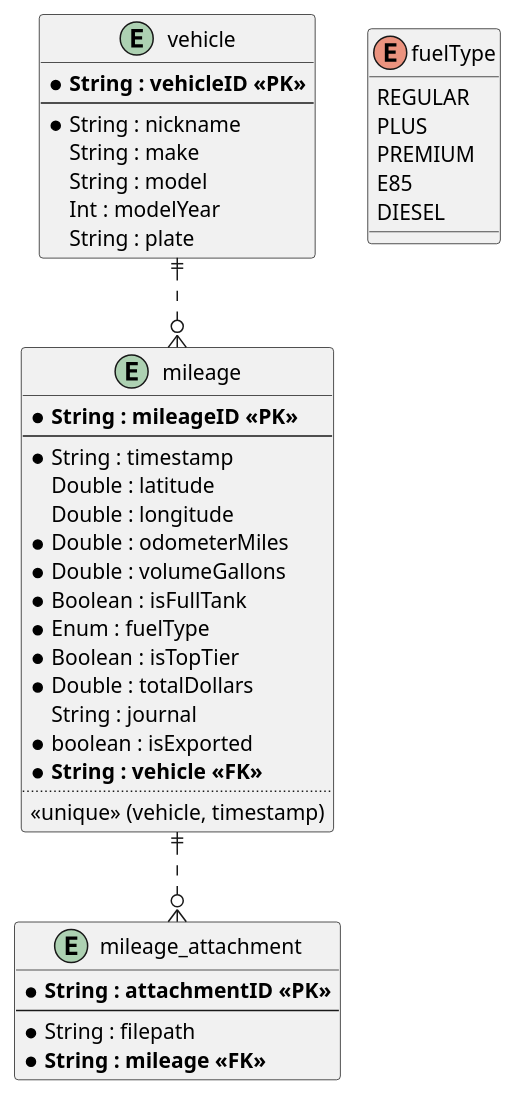
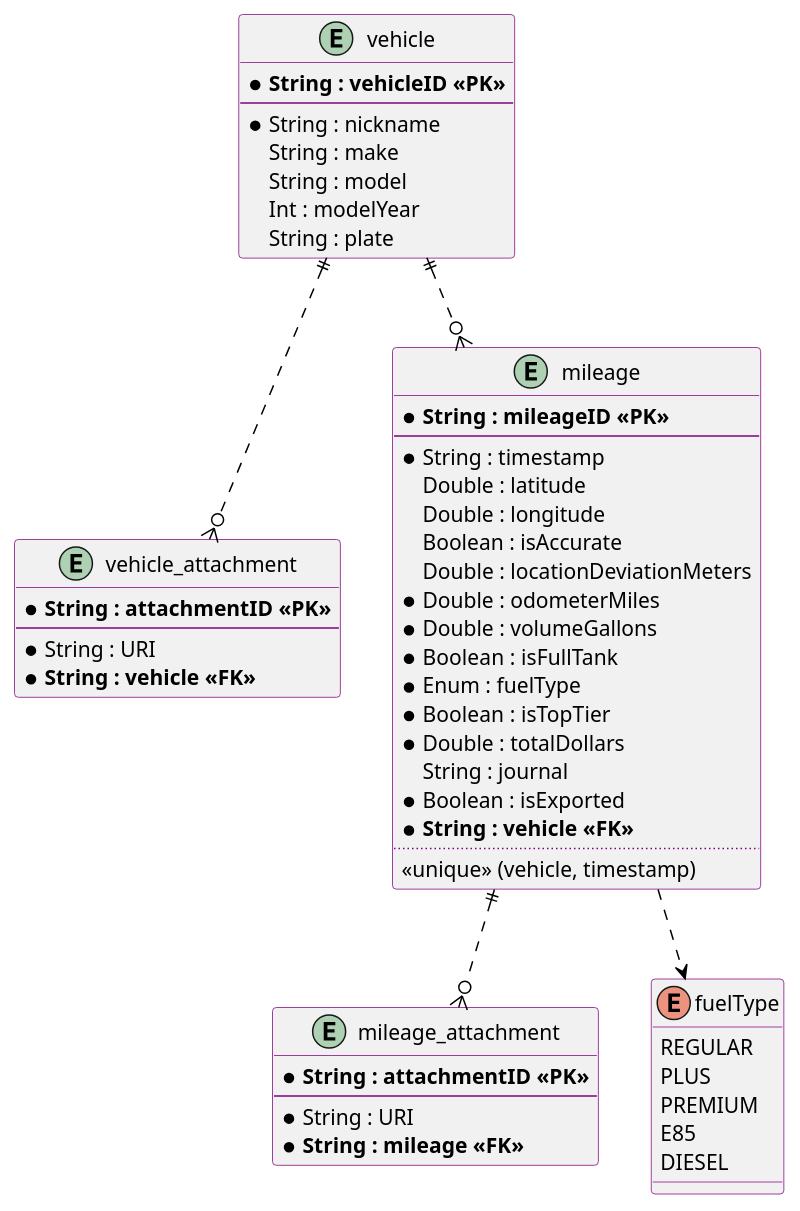
The diagram in diagrams/erd.puml (officialBeebe/FuelBuddy), drawn with PlantUML before and after one commit. The commit also changed 3 other files, not shown here.

```diff
--- a/diagrams/erd.puml
+++ b/diagrams/erd.puml
@@ -1,51 +1,71 @@
 @startuml
+
+<style>
+classDiagram {
+        Linecolor purple
+        arrow {
+                FontColor black
+                LineColor black
+        }
+}
+</style>
 
 entity "vehicle" as v {
         * **String : vehicleID <<PK>>**
         --
         * String : nickname
         String : make
         String : model
         Int : modelYear
         String : plate
 }
 
+entity "vehicle_attachment" as va {
+    * **String : attachmentID <<PK>>**
+    --
+    * String : URI
+    * **String : vehicle <<FK>>**
+}
 
 entity "mileage" as m {
         * **String : mileageID <<PK>>**
         --
         * String : timestamp
         Double : latitude
         Double : longitude
+        Boolean : isAccurate
+        Double : locationDeviationMeters
         * Double : odometerMiles
         * Double : volumeGallons
         * Boolean : isFullTank
         * Enum : fuelType
         * Boolean : isTopTier
         * Double : totalDollars
         String : journal
-        * boolean : isExported
+        * Boolean : isExported
         * **String : vehicle <<FK>>**
         ..
         <<unique>> (vehicle, timestamp)
 }
 
 entity "mileage_attachment" as ma {
         * **String : attachmentID <<PK>>**
         --
-        * String : filepath
+        * String : URI
         * **String : mileage <<FK>>**
 }
 
 enum "fuelType" as ft {
         REGULAR
         PLUS
         PREMIUM
         E85
         DIESEL
 }
 
+v ||..o{ va
 v ||..o{ m
 m ||..o{ ma
+m ..> ft
 
 @enduml
```
